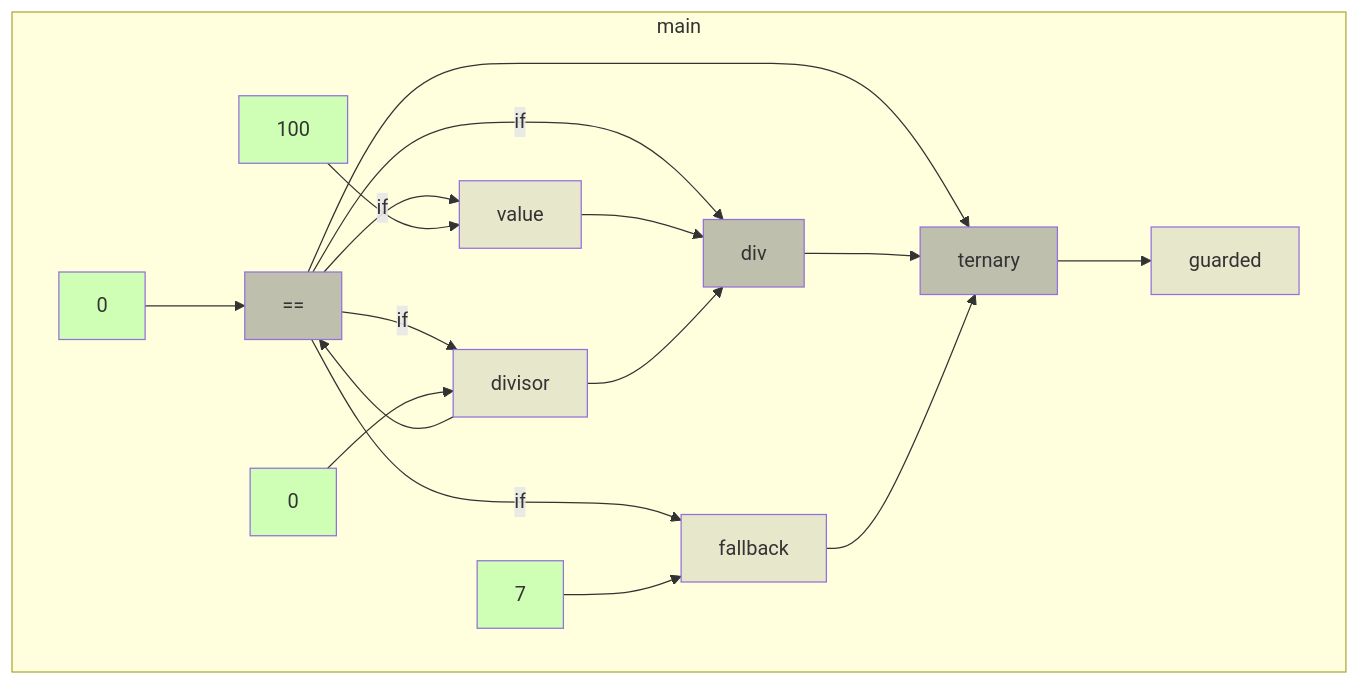
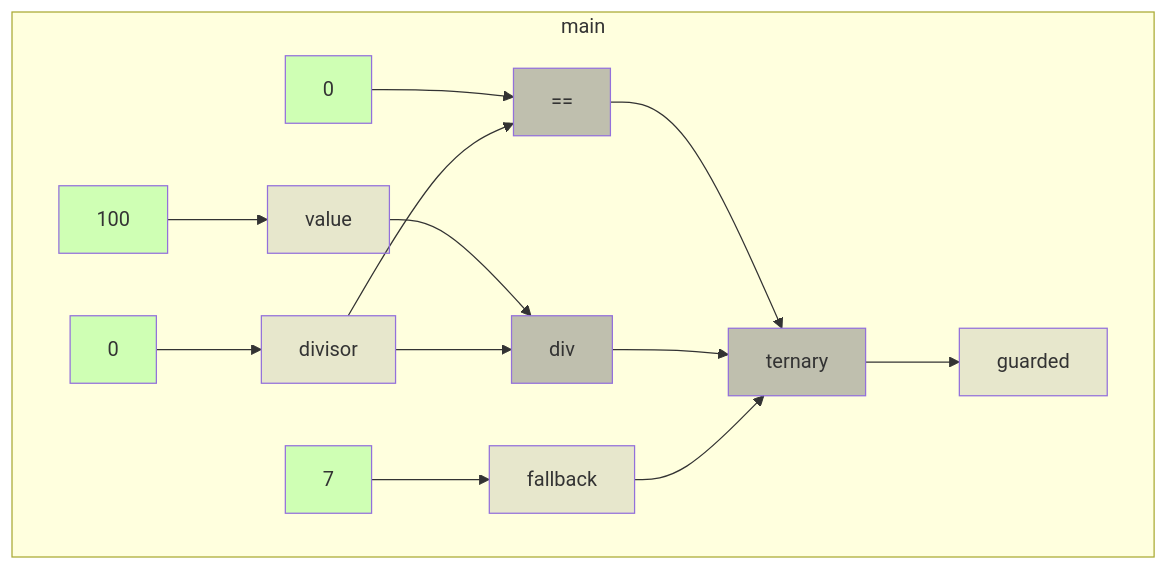
The diagram in app/src/test/resources/ternary/spike-truth.md (gstiebler/codeflow), drawn with Mermaid before and after one commit. The commit also changed 21 other files, not shown here.

````diff
--- a/app/src/test/resources/ternary/spike-truth.md
+++ b/app/src/test/resources/ternary/spike-truth.md
@@ -3,38 +3,34 @@
 ```mermaid
 flowchart TD
   subgraph m0["main"]
     n0["=="]:::BIN_OP
     n1["div"]:::BIN_OP
     n2["ternary"]:::BIN_OP
     n3["0"]:::LITERAL
     n4["0"]:::LITERAL
     n5["100"]:::LITERAL
     n6["7"]:::LITERAL
     n7["divisor"]:::VARIABLE
     n8["fallback"]:::VARIABLE
     n9["guarded"]:::VARIABLE
     n10["value"]:::VARIABLE
   end
   n0 --> n2
-  n0 -->|if| n1
-  n0 -->|if| n10
-  n0 -->|if| n7
-  n0 -->|if| n8
   n1 --> n2
   n10 --> n1
   n2 --> n9
   n3 --> n7
   n4 --> n0
   n5 --> n10
   n6 --> n8
   n7 --> n0
   n7 --> n1
   n8 --> n2
   classDef LITERAL fill:#00FF0030
   classDef VARIABLE fill:#80808030
   classDef BIN_OP fill:#80808080
   classDef FUNC_PARAM fill:#8080FF30
   classDef RETURN fill:#FF808080
   classDef EXTERNAL fill:#FFA50040
   classDef UNMODELLED fill:#FF000030,stroke-dasharray: 4 2
 ```
````
